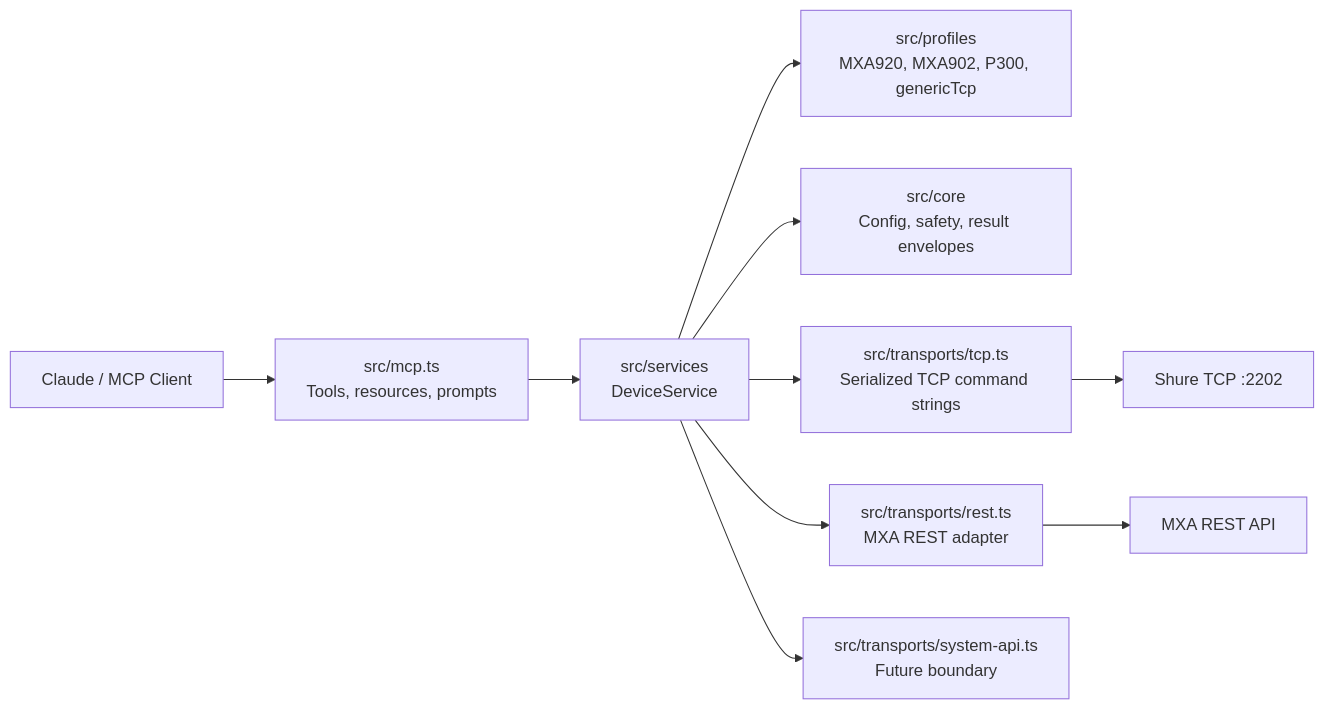
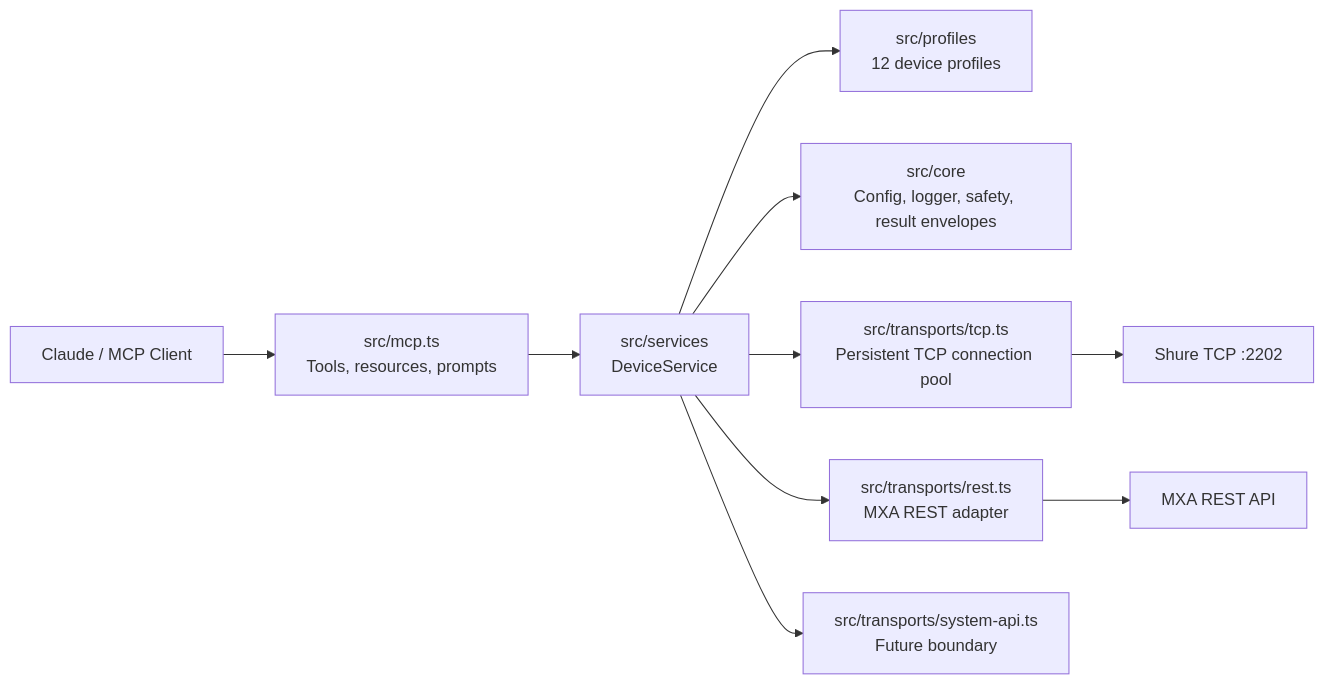
The diagram in README.md (lutztalk/shure-mcp), drawn with Mermaid before and after one commit. The commit also changed other lines of this file, not shown here.

First line of the commit message:
docs: update README to v1.0.0 — new profiles, tools, persistent TCP, wireless/Dante examples

````diff
--- a/README.md
+++ b/README.md
@@ -63,12 +68,12 @@
 ```mermaid
 flowchart LR
   Client["Claude / MCP Client"] --> MCP["src/mcp.ts\nTools, resources, prompts"]
   MCP --> Service["src/services\nDeviceService"]
-  Service --> Profiles["src/profiles\nMXA920, MXA902, P300, genericTcp"]
-  Service --> Safety["src/core\nConfig, safety, result envelopes"]
-  Service --> TCP["src/transports/tcp.ts\nSerialized TCP command strings"]
+  Service --> Profiles["src/profiles\n12 device profiles"]
+  Service --> Safety["src/core\nConfig, logger, safety, result envelopes"]
+  Service --> TCP["src/transports/tcp.ts\nPersistent TCP connection pool"]
   Service --> REST["src/transports/rest.ts\nMXA REST adapter"]
   Service --> SystemAPI["src/transports/system-api.ts\nFuture boundary"]
   TCP --> DeviceTCP["Shure TCP :2202"]
   REST --> DeviceREST["MXA REST API"]
 ```
````
